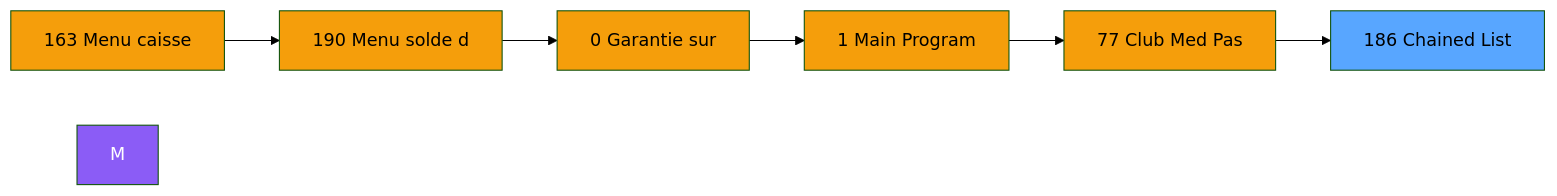
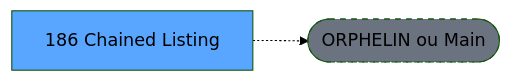
The second of 3 diagrams in .openspec/renders/ADH-IDE-186.md (thonyAGP/lecteur-magic), drawn with Mermaid (forest theme) before and after one commit. The commit also changed other lines of this file and 701 other files, not shown here.

````diff
--- a/.openspec/renders/ADH-IDE-186.md
+++ b/.openspec/renders/ADH-IDE-186.md
@@ -107,21 +117,8 @@
 ```mermaid
 graph LR
-    N163[163 Menu caisse ]
-    N190[190 Menu solde d]
-    N0[0 Garantie sur]
-    N1[1 Main Program]
-    N77[77 Club Med Pas]
-    T[186 Chained List]
-    N163 --> N190
-    N190 --> N0
-    N0 --> N1
-    N1 --> N77
-    N77 --> T
-    style M fill:#8b5cf6,color:#fff
-    style N163 fill:#f59e0b
-    style N190 fill:#f59e0b
-    style N0 fill:#f59e0b
-    style N1 fill:#f59e0b
-    style N77 fill:#f59e0b
+    T[186 Chained Listing]
+    ORPHAN([ORPHELIN ou Main])
+    T -.-> ORPHAN
     style T fill:#58a6ff,color:#000
+    style ORPHAN fill:#6b7280,stroke-dasharray: 5 5
 ```
````
